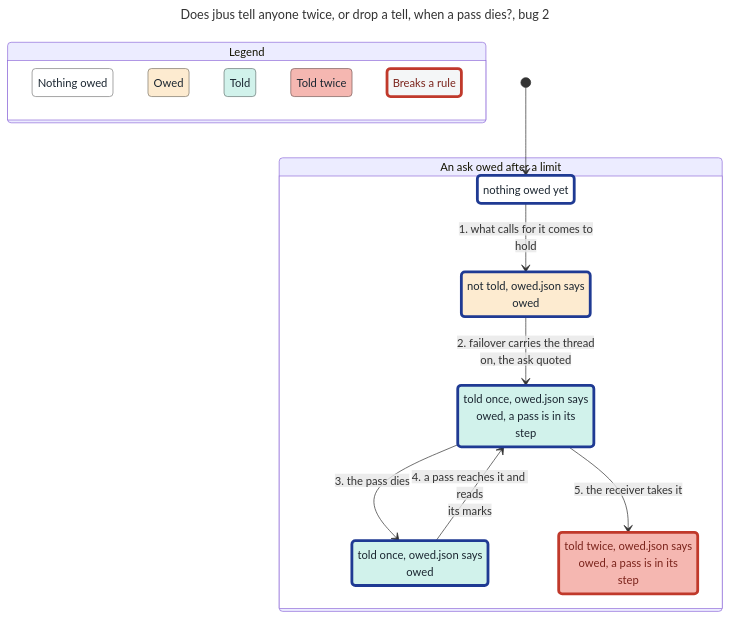
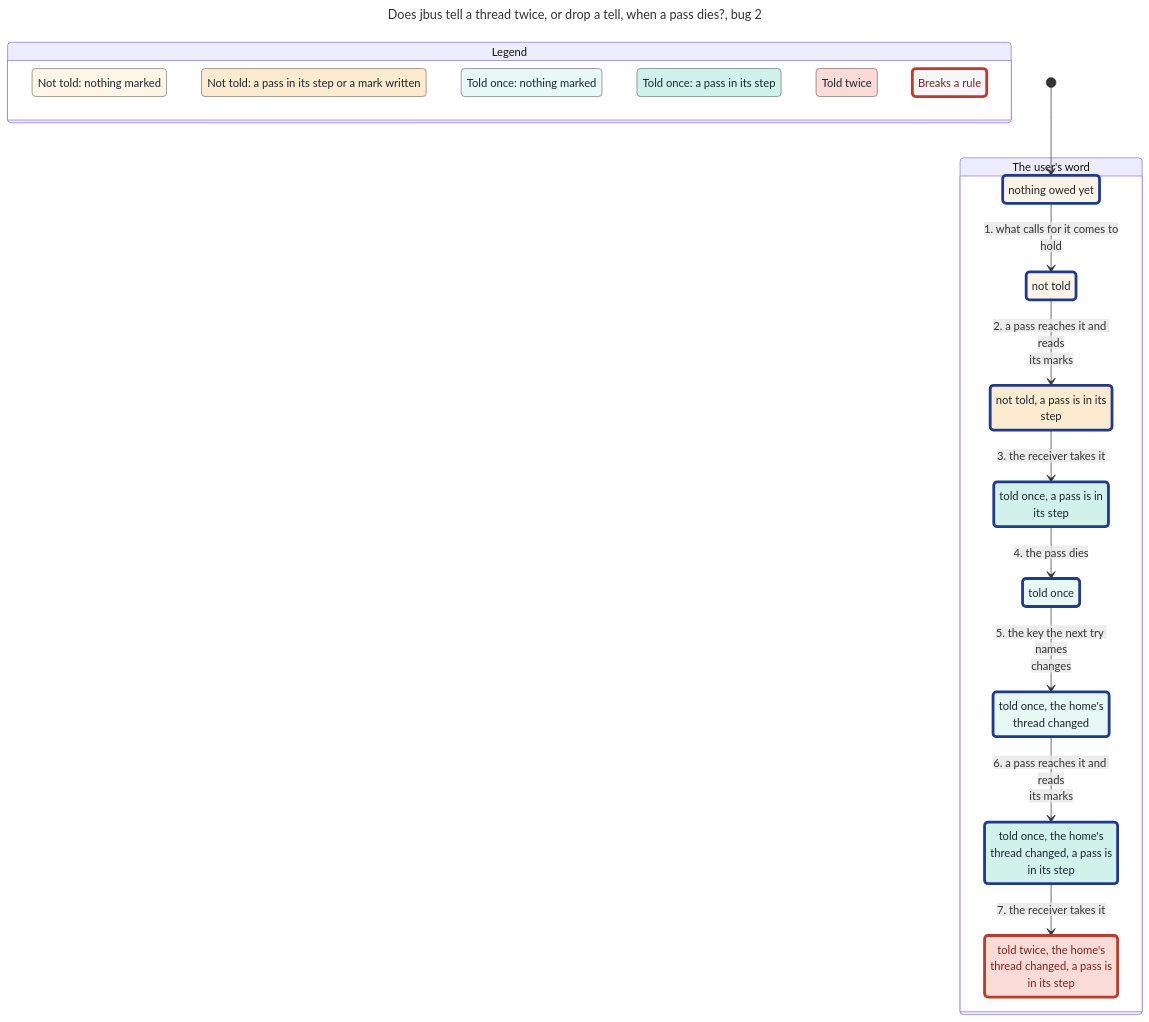
Before and after one commit to JoshuaHayesWasHere/jstack: the diagram in features/jbus/spec/TellOnce-statechart/bug-2.mmd, drawn with Mermaid. The commit also changed 27 other files, not shown here.

First line of the commit message:
feat(statechart): TellOnce splits off the ask owed after a limit, and groups each state by where its tell stands (#1740)

```diff
--- a/features/jbus/spec/TellOnce-statechart/bug-2.mmd
+++ b/features/jbus/spec/TellOnce-statechart/bug-2.mmd
@@ -1,47 +1,59 @@
 ---
-title: "Does jbus tell anyone twice, or drop a tell, when a pass dies?, bug 2"
+title: "Does jbus tell a thread twice, or drop a tell, when a pass dies?, bug 2"
 config:
   markdownAutoWrap: false
   state:
     useMaxWidth: false
 ---
 stateDiagram-v2
   classDef plainWrong fill:#f4f6f7,stroke:#c0392b,stroke-width:4px,color:#7b241c
-  classDef group0 fill:#ffffff,stroke:#808080,color:#1b2631
-  classDef group0Path fill:#ffffff,stroke:#1f3a93,stroke-width:4px,color:#1b2631
+  classDef group0 fill:#fef5e7,stroke:#7f7b74,color:#1b2631
+  classDef group0Path fill:#fef5e7,stroke:#1f3a93,stroke-width:4px,color:#1b2631
   classDef group1 fill:#fdebd0,stroke:#7f7668,color:#1b2631
   classDef group1Path fill:#fdebd0,stroke:#1f3a93,stroke-width:4px,color:#1b2631
-  classDef group2 fill:#d1f2eb,stroke:#697976,color:#1b2631
-  classDef group2Path fill:#d1f2eb,stroke:#1f3a93,stroke-width:4px,color:#1b2631
-  classDef group3 fill:#f5b7b1,stroke:#7b5c59,color:#1b2631
-  classDef group3Wrong fill:#f5b7b1,stroke:#c0392b,stroke-width:4px,color:#7b241c
+  classDef group3 fill:#e8f8f5,stroke:#747c7b,color:#1b2631
+  classDef group3Path fill:#e8f8f5,stroke:#1f3a93,stroke-width:4px,color:#1b2631
+  classDef group4 fill:#d1f2eb,stroke:#697976,color:#1b2631
+  classDef group4Path fill:#d1f2eb,stroke:#1f3a93,stroke-width:4px,color:#1b2631
+  classDef group8 fill:#fadbd8,stroke:#7d6e6c,color:#1b2631
+  classDef group8Wrong fill:#fadbd8,stroke:#c0392b,stroke-width:4px,color:#7b241c
   state "Legend" as legend {
-    state "Nothing owed" as legendGroup0
-    state "Owed" as legendGroup1
-    state "Told" as legendGroup2
-    state "Told twice" as legendGroup3
+    state "Not told: nothing marked" as legendGroup0
+    state "Not told: a pass in its step or a mark written" as legendGroup1
+    state "Told once: nothing marked" as legendGroup3
+    state "Told once: a pass in its step" as legendGroup4
+    state "Told twice" as legendGroup8
     state "Breaks a rule" as legendWrong
   }
   class legendGroup0 group0
   class legendGroup1 group1
-  class legendGroup2 group2
   class legendGroup3 group3
+  class legendGroup4 group4
+  class legendGroup8 group8
   class legendWrong plainWrong
-  state "An ask owed after a limit" as g0 {
-    state "not told, owed.json says<br/>owed" as s0
-    state "nothing owed yet" as s1
-    state "told once, owed.json says<br/>owed" as s2
-    state "told once, owed.json says<br/>owed, a pass is in its<br/>step" as s3
-    state "told twice, owed.json says<br/>owed, a pass is in its<br/>step" as s4
+  state "The user's word" as g0 {
+    state "not told" as s0
+    state "not told, a pass is in its<br/>step" as s1
+    state "nothing owed yet" as s2
+    state "told once" as s3
+    state "told once, a pass is in<br/>its step" as s4
+    state "told once, the home's<br/>thread changed" as s5
+    state "told once, the home's<br/>thread changed, a pass is<br/>in its step" as s6
+    state "told twice, the home's<br/>thread changed, a pass is<br/>in its step" as s7
   }
-  [*] --> s1
-  s1 --> s0 : 1. what calls for it comes to<br/>hold
-  s0 --> s3 : 2. failover carries the thread<br/>on, the ask quoted
-  s3 --> s2 : 3. the pass dies
-  s2 --> s3 : 4. a pass reaches it and reads<br/>its marks
-  s3 --> s4 : 5. the receiver takes it
-  class s0 group1Path
-  class s1 group0Path
-  class s2 group2Path
-  class s3 group2Path
-  class s4 group3Wrong
+  [*] --> s2
+  s2 --> s0 : 1. what calls for it comes to<br/>hold
+  s0 --> s1 : 2. a pass reaches it and reads<br/>its marks
+  s1 --> s4 : 3. the receiver takes it
+  s4 --> s3 : 4. the pass dies
+  s3 --> s5 : 5. the key the next try names<br/>changes
+  s5 --> s6 : 6. a pass reaches it and reads<br/>its marks
+  s6 --> s7 : 7. the receiver takes it
+  class s0 group0Path
+  class s1 group1Path
+  class s2 group0Path
+  class s3 group3Path
+  class s4 group4Path
+  class s5 group3Path
+  class s6 group4Path
+  class s7 group8Wrong
```
